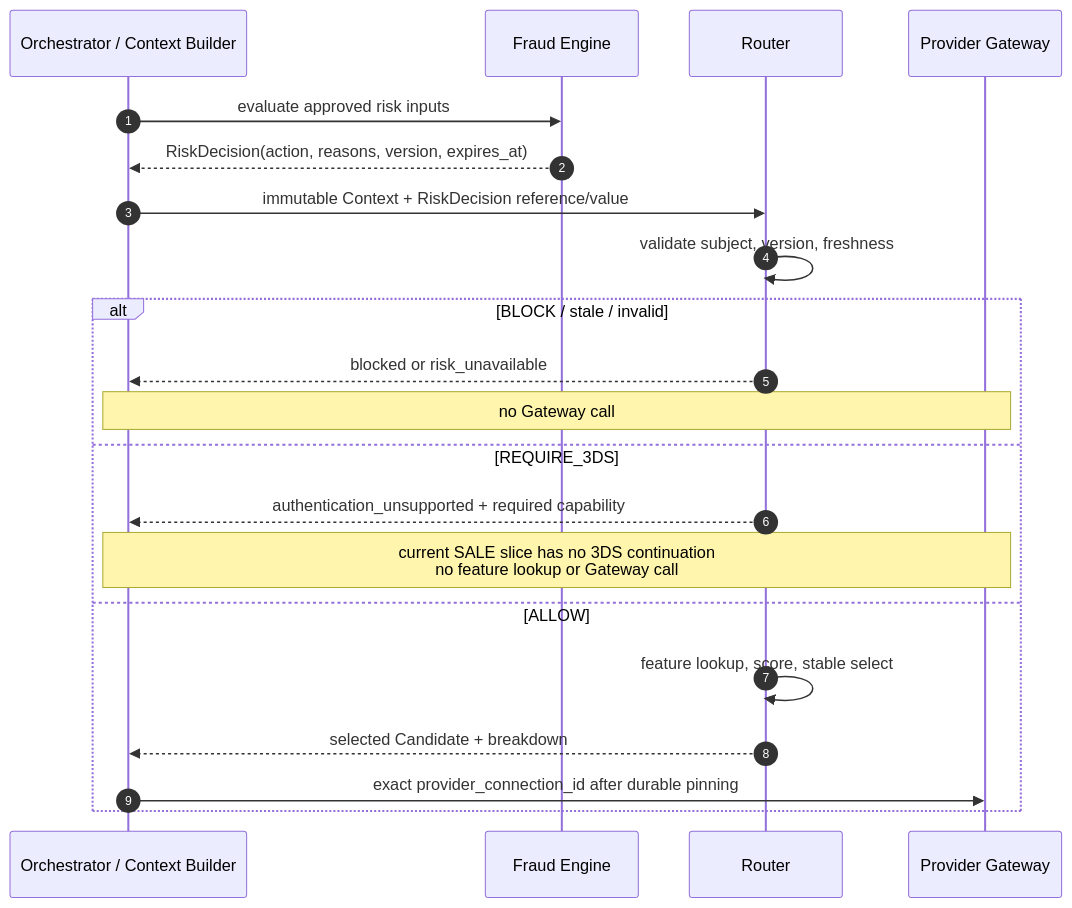
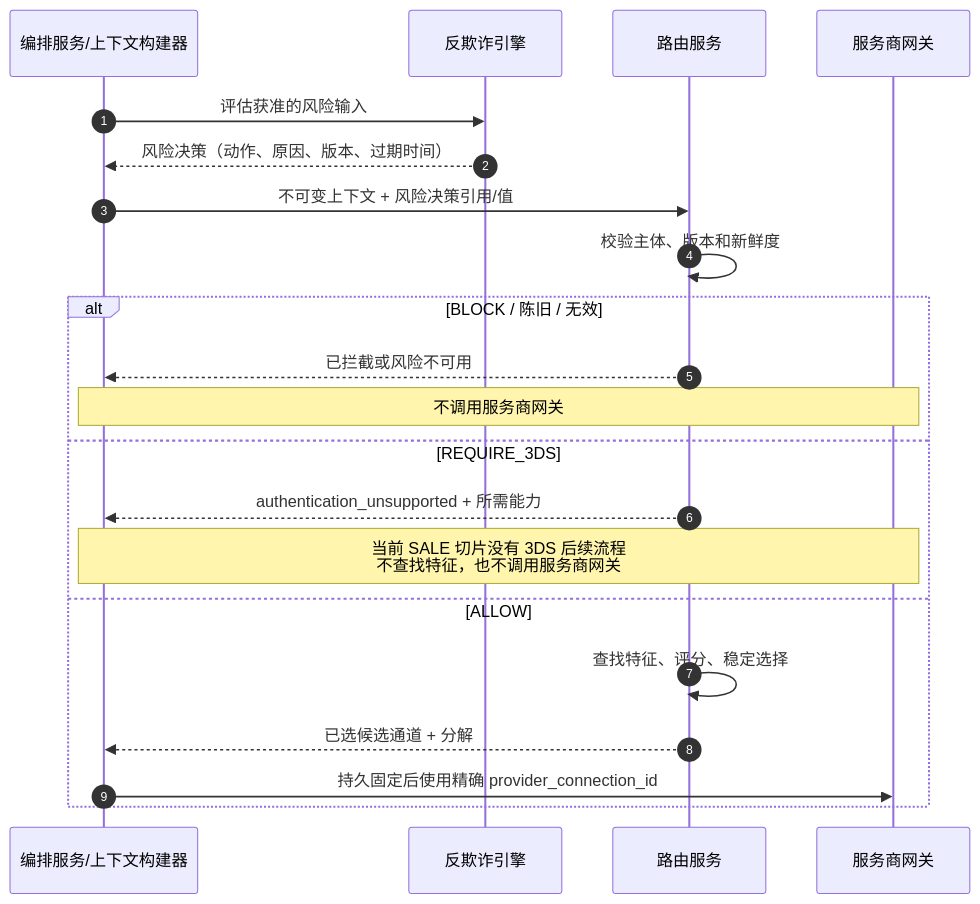
Before and after one commit to YouEclipse/Designing-Modern-Payment-Systems: the third of 3 diagrams in part-2-routing-engine/provider-scoring.md, drawn with Mermaid. The commit also changed other lines of this file and 59 other files, not shown here.

````diff
--- a/part-2-routing-engine/provider-scoring.md
+++ b/part-2-routing-engine/provider-scoring.md
@@ -298,24 +298,24 @@
 ```mermaid
 sequenceDiagram
     autonumber
-    participant O as Orchestrator / Context Builder
-    participant F as Fraud Engine
-    participant R as Router
-    participant G as Provider Gateway
+    participant O as 编排服务/上下文构建器
+    participant F as 反欺诈引擎
+    participant R as 路由服务
+    participant G as 服务商网关
 
-    O->>F: evaluate approved risk inputs
-    F-->>O: RiskDecision(action, reasons, version, expires_at)
-    O->>R: immutable Context + RiskDecision reference/value
-    R->>R: validate subject, version, freshness
-    alt BLOCK / stale / invalid
-        R-->>O: blocked or risk_unavailable
-        Note over O,G: no Gateway call
+    O->>F: 评估获准的风险输入
+    F-->>O: 风险决策（动作、原因、版本、过期时间）
+    O->>R: 不可变上下文 + 风险决策引用/值
+    R->>R: 校验主体、版本和新鲜度
+    alt BLOCK / 陈旧 / 无效
+        R-->>O: 已拦截或风险不可用
+        Note over O,G: 不调用服务商网关
     else REQUIRE_3DS
-        R-->>O: authentication_unsupported + required capability
-        Note over O,G: current SALE slice has no 3DS continuation<br/>no feature lookup or Gateway call
+        R-->>O: authentication_unsupported + 所需能力
+        Note over O,G: 当前 SALE 切片没有 3DS 后续流程<br/>不查找特征，也不调用服务商网关
     else ALLOW
-        R->>R: feature lookup, score, stable select
-        R-->>O: selected Candidate + breakdown
-        O->>G: exact provider_connection_id after durable pinning
+        R->>R: 查找特征、评分、稳定选择
+        R-->>O: 已选候选通道 + 分解
+        O->>G: 持久固定后使用精确 provider_connection_id
     end
 ```
````
